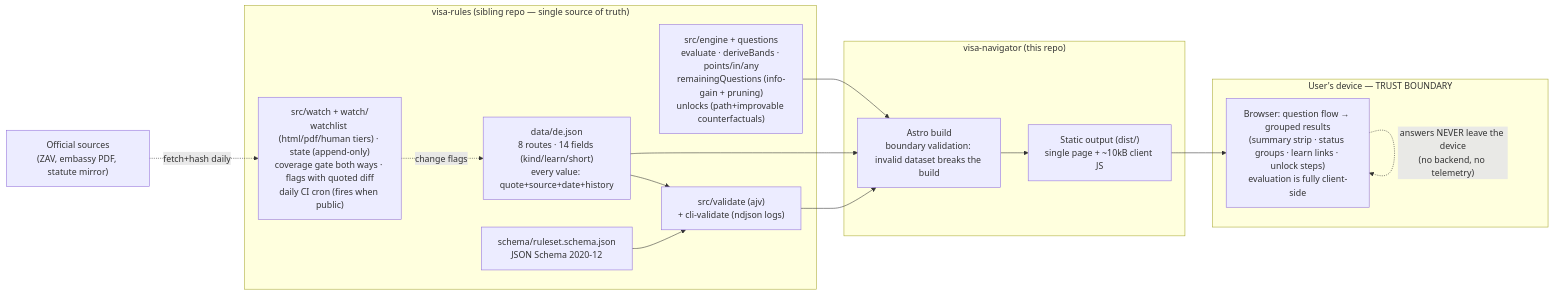
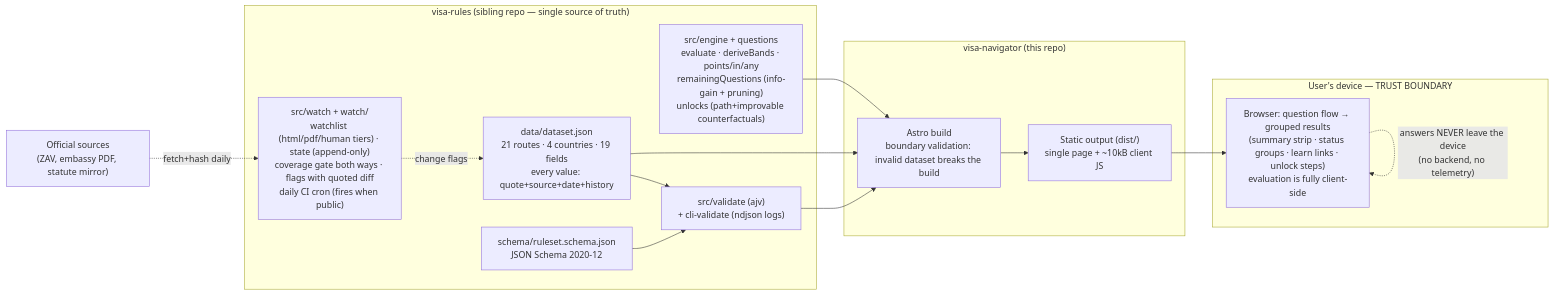
One commit to OytunOnal/permit-rulebook changed the diagram in docs/spine/ARCHITECTURE.md. Above: the diagram before and after it, drawn with Mermaid. The commit also changed other lines of this file and 4 other files, not shown here.

````diff
--- a/docs/spine/ARCHITECTURE.md
+++ b/docs/spine/ARCHITECTURE.md
@@ -5,27 +5,27 @@
 ```mermaid
 flowchart LR
     subgraph rules["visa-rules (sibling repo — single source of truth)"]
-        DATA["data/de.json<br/>8 routes · 14 fields (kind/learn/short)<br/>every value: quote+source+date+history"]
+        DATA["data/dataset.json<br/>21 routes · 4 countries · 19 fields<br/>every value: quote+source+date+history"]
         SCHEMA["schema/ruleset.schema.json<br/>JSON Schema 2020-12"]
         ENGINE["src/engine + questions<br/>evaluate · deriveBands · points/in/any<br/>remainingQuestions (info-gain + pruning)<br/>unlocks (path+improvable counterfactuals)"]
         VALIDATE["src/validate (ajv)<br/>+ cli-validate (ndjson logs)"]
         WATCH["src/watch + watch/<br/>watchlist (html/pdf/human tiers) · state (append-only)<br/>coverage gate both ways · flags with quoted diff<br/>daily CI cron (fires when public)"]
     end
 
     subgraph nav["visa-navigator (this repo)"]
         BUILD["Astro build<br/>boundary validation: invalid dataset breaks the build"]
         SITE["Static output (dist/)<br/>single page + ~10kB client JS"]
     end
 
     subgraph device["User's device — TRUST BOUNDARY"]
         UI["Browser: question flow → grouped results<br/>(summary strip · status groups · learn links · unlock steps)<br/>evaluation is fully client-side"]
     end
 
     OFFICIAL["Official sources<br/>(ZAV, embassy PDF, statute mirror)"] -.->|fetch+hash daily| WATCH
     WATCH -.->|change flags| DATA
     DATA --> VALIDATE --> BUILD
     SCHEMA --> VALIDATE
     DATA --> BUILD
     ENGINE --> BUILD --> SITE --> UI
     UI -. "answers NEVER leave the device<br/>(no backend, no telemetry)" .-> UI
 ```
````
